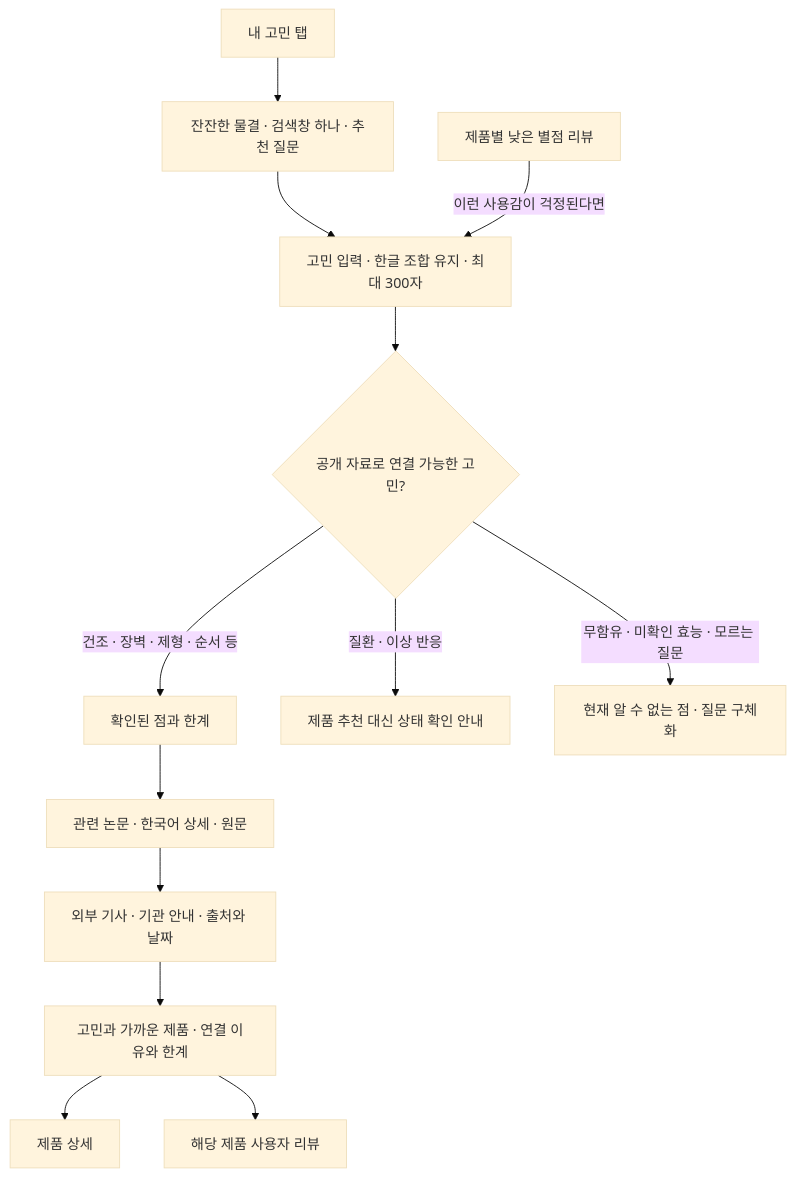
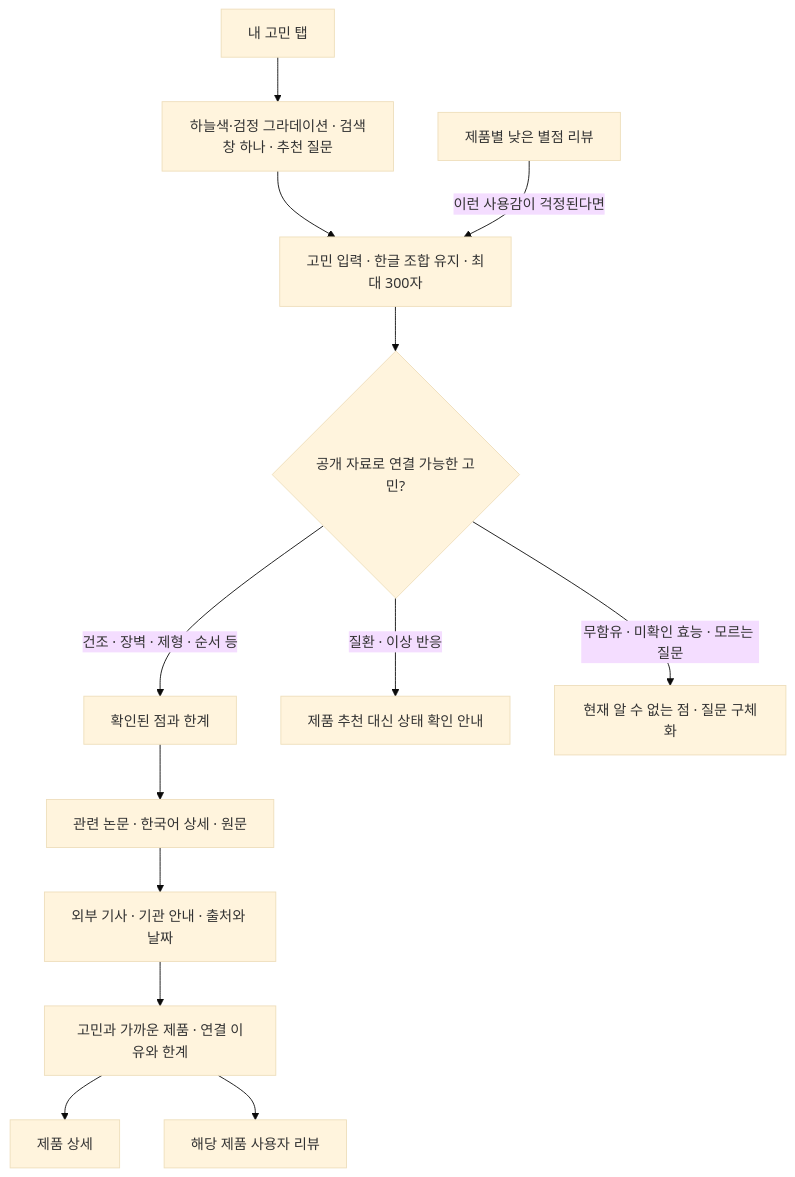
One commit to ziziisnzizi/Transparency. changed the diagram in docs/concern-search.md. Above: the diagram before and after it, drawn with Mermaid (base theme). The commit also changed other lines of this file and 6 other files, not shown here.

````diff
--- a/docs/concern-search.md
+++ b/docs/concern-search.md
@@ -9,15 +9,15 @@
 ```mermaid
 flowchart TD
-  Nav["내 고민 탭"] --> Empty["잔잔한 물결 · 검색창 하나 · 추천 질문"]
+  Nav["내 고민 탭"] --> Empty["하늘색·검정 그라데이션 · 검색창 하나 · 추천 질문"]
   Empty --> Query["고민 입력 · 한글 조합 유지 · 최대 300자"]
   Review["제품별 낮은 별점 리뷰"] -->|"이런 사용감이 걱정된다면"| Query
   Query --> Interpret{"공개 자료로 연결 가능한 고민?"}
   Interpret -->|"건조 · 장벽 · 제형 · 순서 등"| Findings["확인된 점과 한계"]
   Findings --> Papers["관련 논문 · 한국어 상세 · 원문"]
   Papers --> Outside["외부 기사 · 기관 안내 · 출처와 날짜"]
   Outside --> Choice["고민과 가까운 제품 · 연결 이유와 한계"]
   Choice --> Detail["제품 상세"]
   Choice --> ProductReview["해당 제품 사용자 리뷰"]
   Interpret -->|"질환 · 이상 반응"| Care["제품 추천 대신 상태 확인 안내"]
   Interpret -->|"무함유 · 미확인 효능 · 모르는 질문"| Limits["현재 알 수 없는 점 · 질문 구체화"]
 ```
````
